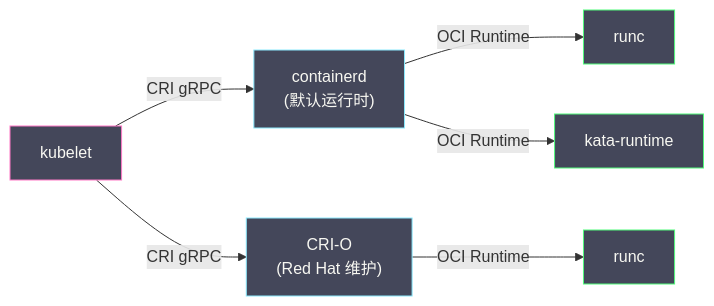
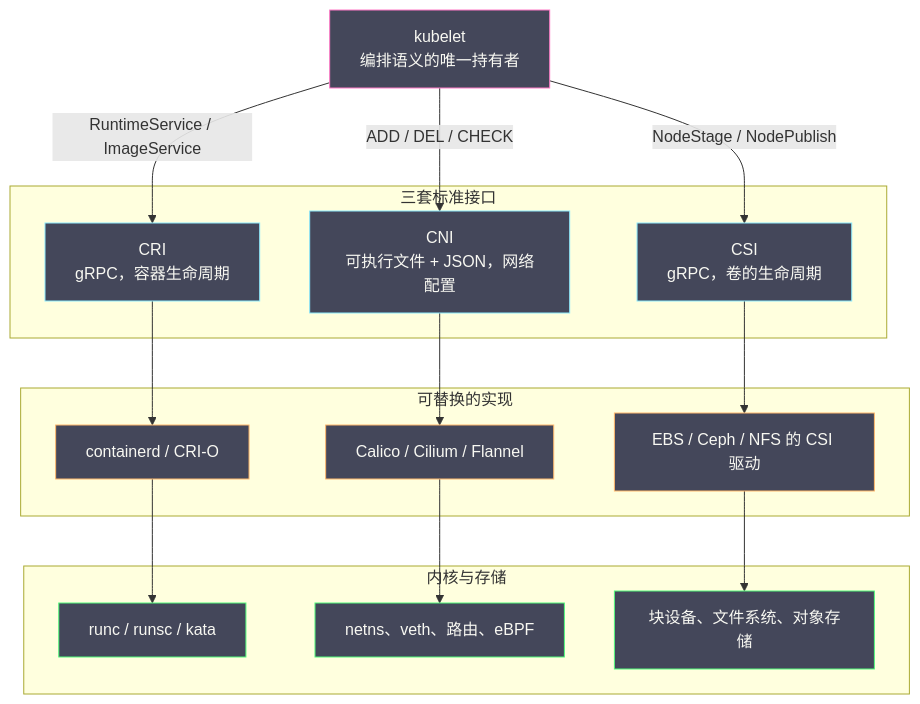
Before and after one commit to hpliStartAgain/my-brain: the third of 5 diagrams in content/云原生/Kubernetes/kubernetes架构原则和对象设计/02 Kubernetes 整体架构.md, drawn with Mermaid. The commit also changed other lines of this file and 24 other files, not shown here.

````diff
--- a/content/云原生/Kubernetes/kubernetes架构原则和对象设计/02 Kubernetes 整体架构.md
+++ b/content/云原生/Kubernetes/kubernetes架构原则和对象设计/02 Kubernetes 整体架构.md
@@ -257,17 +369,43 @@
 ```mermaid
 %%{init: {'theme': 'dracula'}}%%
-graph LR
-    KL["kubelet"] -->|"CRI gRPC"| CTRD["containerd</br>(默认运行时)"]
-    KL -->|"CRI gRPC"| CRIO["CRI-O</br>(Red Hat 维护)"]
-    CTRD -->|"OCI Runtime"| RUNC["runc"]
-    CTRD -->|"OCI Runtime"| KATA["kata-runtime"]
-    CRIO -->|"OCI Runtime"| RUNC2["runc"]
+graph TD
+    KL["kubelet<br/>编排语义的唯一持有者"]
 
-    classDef kubelet fill:#44475a,stroke:#ff79c6,color:#f8f8f2
-    classDef runtime fill:#44475a,stroke:#8be9fd,color:#f8f8f2
-    classDef oci fill:#44475a,stroke:#50fa7b,color:#f8f8f2
+    subgraph IF["三套标准接口"]
+        CRI["CRI<br/>gRPC，容器生命周期"]
+        CNI["CNI<br/>可执行文件 + JSON，网络配置"]
+        CSI["CSI<br/>gRPC，卷的生命周期"]
+    end
 
-    class KL kubelet
-    class CTRD,CRIO runtime
-    class RUNC,KATA,RUNC2 oci
+    subgraph IMPL["可替换的实现"]
+        RT["containerd / CRI-O"]
+        NP["Calico / Cilium / Flannel"]
+        SP["EBS / Ceph / NFS 的 CSI 驱动"]
+    end
+
+    subgraph LOW["内核与存储"]
+        RUNC["runc / runsc / kata"]
+        NET["netns、veth、路由、eBPF"]
+        VOL["块设备、文件系统、对象存储"]
+    end
+
+    KL -->|"RuntimeService / ImageService"| CRI
+    KL -->|"ADD / DEL / CHECK"| CNI
+    KL -->|"NodeStage / NodePublish"| CSI
+    CRI --> RT
+    CNI --> NP
+    CSI --> SP
+    RT --> RUNC
+    NP --> NET
+    SP --> VOL
+
+    classDef kl fill:#44475a,stroke:#ff79c6,color:#f8f8f2
+    classDef iface fill:#44475a,stroke:#8be9fd,color:#f8f8f2
+    classDef impl fill:#44475a,stroke:#ffb86c,color:#f8f8f2
+    classDef low fill:#44475a,stroke:#50fa7b,color:#f8f8f2
+
+    class KL kl
+    class CRI,CNI,CSI iface
+    class RT,NP,SP impl
+    class RUNC,NET,VOL low
 ```
````
